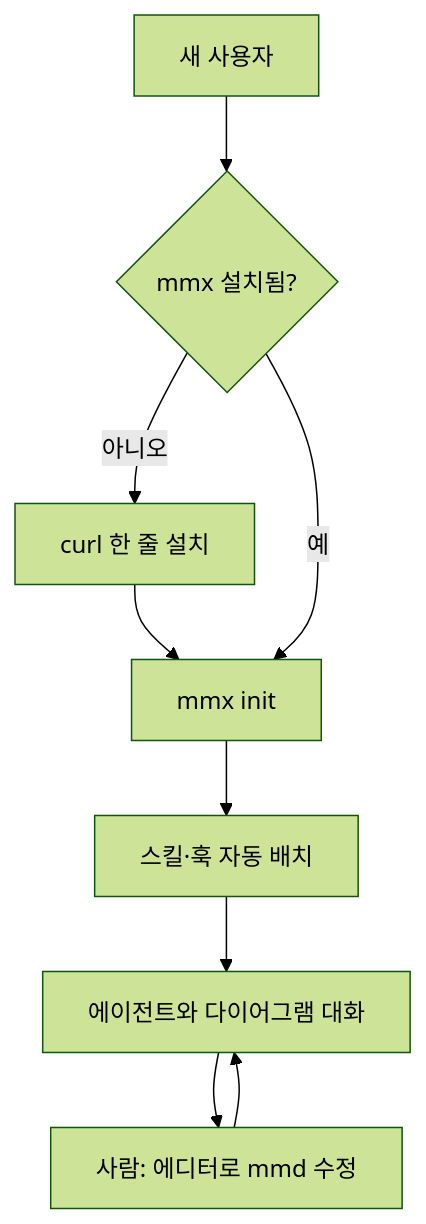
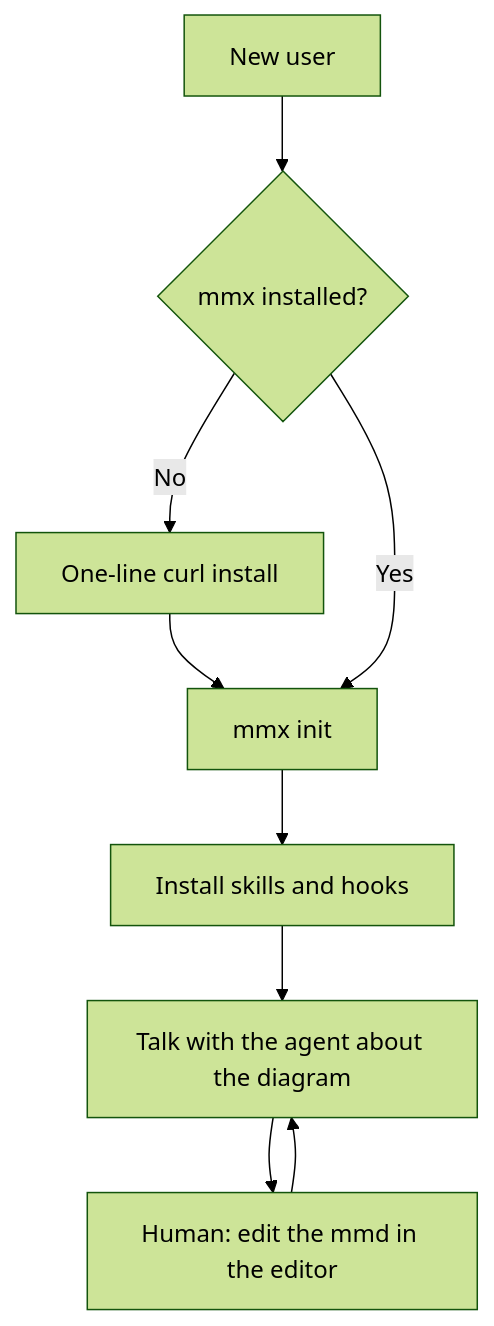
Before and after one commit to Eastsidegunn/mmx: the diagram in examples/onboarding.mmd, drawn with Mermaid (forest theme). The commit also changed 26 other files, not shown here.

```diff
--- a/examples/onboarding.mmd
+++ b/examples/onboarding.mmd
@@ -1,9 +1,9 @@
 flowchart TD
-    user[새 사용자] --> has{mmx 설치됨?}
-    has -->|아니오| inst[curl 한 줄 설치]
+    user[New user] --> has{mmx installed?}
+    has -->|No| inst[One-line curl install]
     inst --> init[mmx init]
-    has -->|예| init
-    init --> deploy[스킬·훅 자동 배치]
-    deploy --> talk[에이전트와 다이어그램 대화]
-    talk --> hedit[사람: 에디터로 mmd 수정]
+    has -->|Yes| init
+    init --> deploy[Install skills and hooks]
+    deploy --> talk[Talk with the agent about the diagram]
+    talk --> hedit[Human: edit the mmd in the editor]
     hedit --> talk
```
